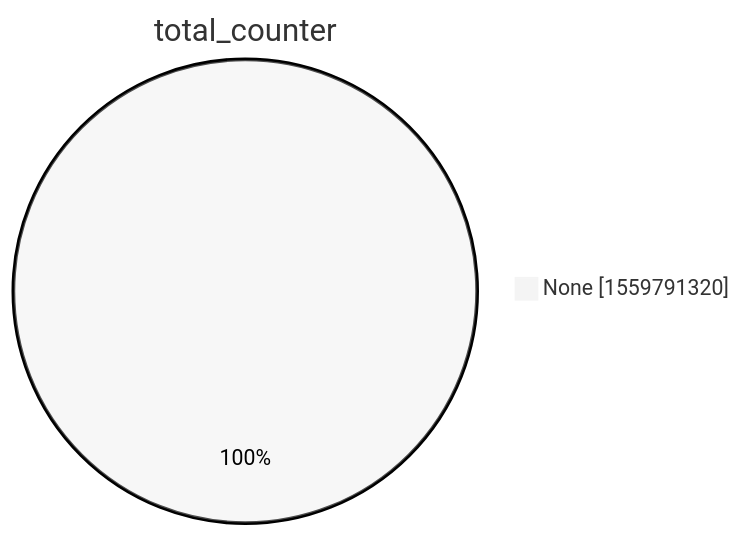
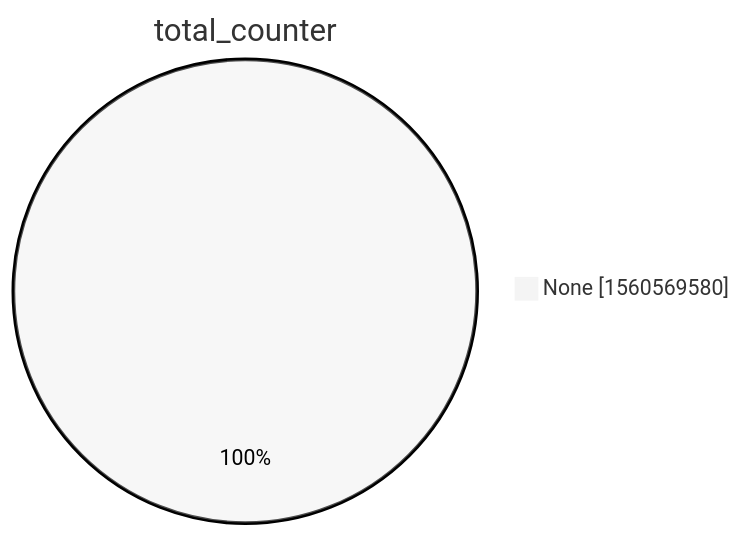
One commit to christiankrug/ctmonitor_visualization changed the second of 15 diagrams in xenon2022/README.md. Above: the diagram before and after it, drawn with Mermaid (neutral theme). The commit also changed other lines of this file, not shown here.

````diff
--- a/xenon2022/README.md
+++ b/xenon2022/README.md
@@ -9,5 +9,5 @@
 ```mermaid
 pie showData
 title total_counter
-"None" :1559791320
+"None" :1560569580
 ```
````
